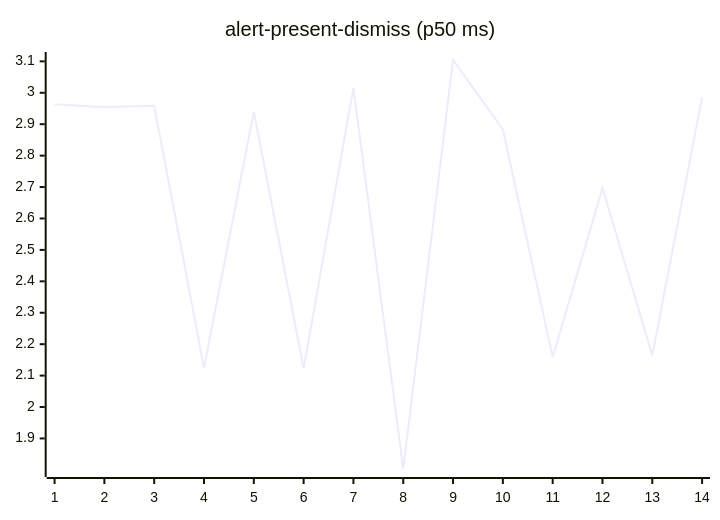
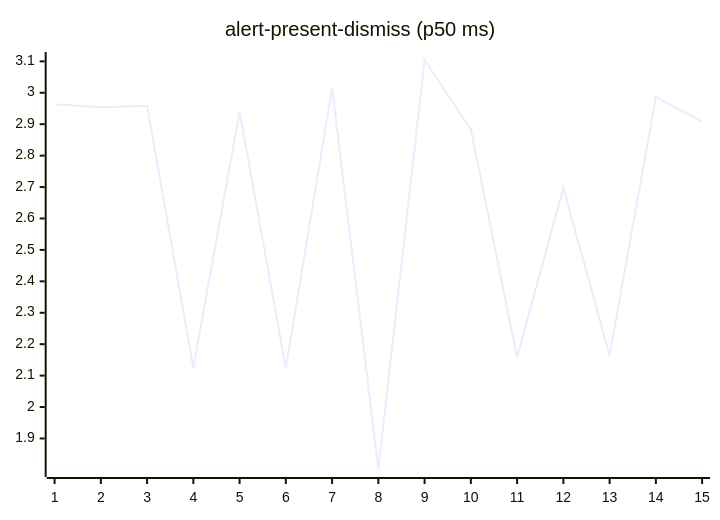
The second of 27 diagrams in README.md (josha/Facet), drawn with Mermaid before and after one commit. The commit also changed other lines of this file and 2 other files, not shown here.

````diff
--- a/README.md
+++ b/README.md
@@ -70,6 +70,6 @@
 ```mermaid
 xychart-beta
     title "alert-present-dismiss (p50 ms)"
-    x-axis 1 --> 14
-    line [2.9632, 2.9538, 2.9589, 2.1244, 2.9396, 2.1232, 3.0157, 1.8028, 3.1043, 2.8834, 2.1588, 2.6974, 2.1643, 2.9862]
+    x-axis 1 --> 15
+    line [2.9632, 2.9538, 2.9589, 2.1244, 2.9396, 2.1232, 3.0157, 1.8028, 3.1043, 2.8834, 2.1588, 2.6974, 2.1643, 2.9862, 2.9085]
 ```
````
